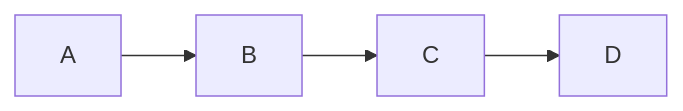
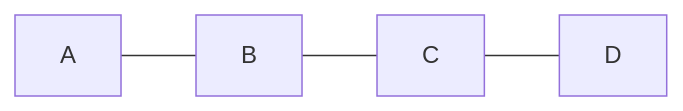
One commit to jkorichneva/cavemaps changed the second of 5 diagrams in snippets/unweighted_paths/bfs_graphs_mermaid.md. Above: the diagram before and after it, drawn with Mermaid. The commit also changed other lines of this file and 1 other file, not shown here.

Commit message:
Remove direction from mermaid diagrams

````diff
--- a/snippets/unweighted_paths/bfs_graphs_mermaid.md
+++ b/snippets/unweighted_paths/bfs_graphs_mermaid.md
@@ -15,6 +15,6 @@
 ```mermaid
 graph LR
-    A --> B
-    B --> C
-    C --> D
+    A --- B
+    B --- C
+    C --- D
 ```
````
